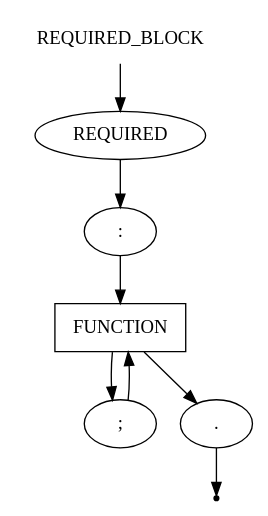
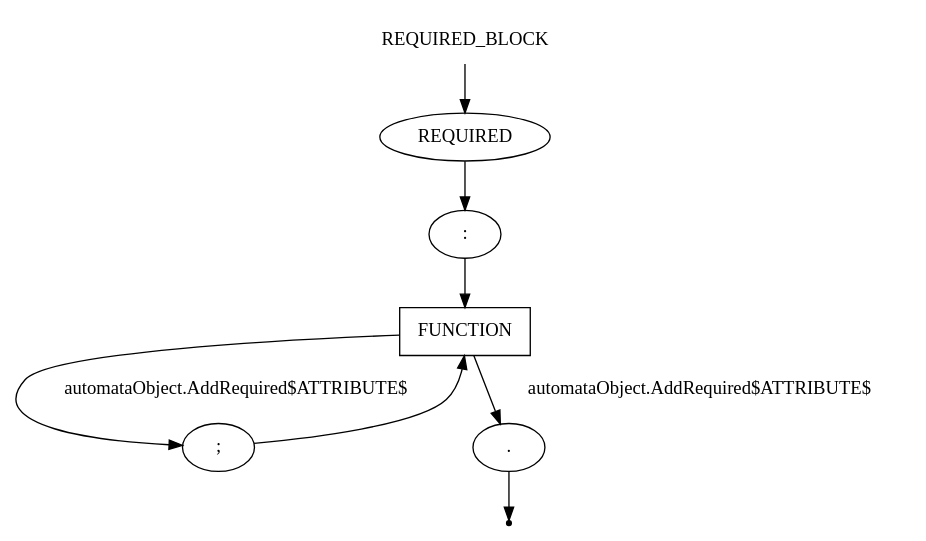
One commit to aVorotnikov/dsl_generator changed the diagram in _examples/ciao/required_block.gv. Above: the diagram before and after it, drawn with Graphviz. The commit also changed 4 other files, not shown here.

Commit message:
Add code to Virt diagrams

```diff
--- a/_examples/ciao/required_block.gv
+++ b/_examples/ciao/required_block.gv
@@ -1,16 +1,16 @@
 digraph REQUIRED_BLOCK {
     start [label=REQUIRED_BLOCK shape=plaintext]
     A [label=REQUIRED shape=oval]
     B [label=":" shape=oval]
     C [label=FUNCTION shape=box]
     G [label=";" shape=oval]
     H [label="." shape=oval]
     end [label="" shape=point]
     start -> A
     A -> B
     B -> C
-    C -> G
-    C -> H
+    C -> G [label="automataObject.AddRequired$ATTRIBUTE$"]
+    C -> H [label="automataObject.AddRequired$ATTRIBUTE$"]
     G -> C
     H -> end
 }
```
